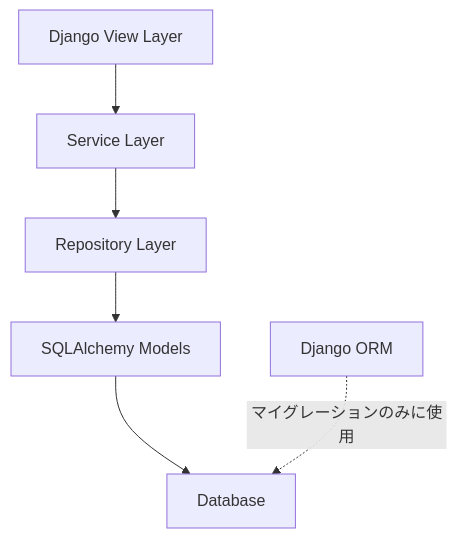
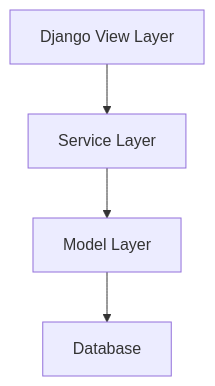
One commit to junpatch/PriceAlert changed the second of 2 diagrams in docs/detailed_design_backend.md. Above: the diagram before and after it, drawn with Mermaid. The commit also changed other lines of this file and 4 other files, not shown here.

````diff
--- a/docs/detailed_design_backend.md
+++ b/docs/detailed_design_backend.md
@@ -35,9 +35,6 @@
 ```mermaid
 graph TD
     A[Django View Layer] --> B[Service Layer]
-    B --> C[Repository Layer]
-    C --> D[SQLAlchemy Models]
-    D --> E[Database]
-
-    F[Django ORM] -.-> |"マイグレーションのみに使用"| E
+    B --> C[Model Layer]
+    C --> E[Database]
 ```
````
